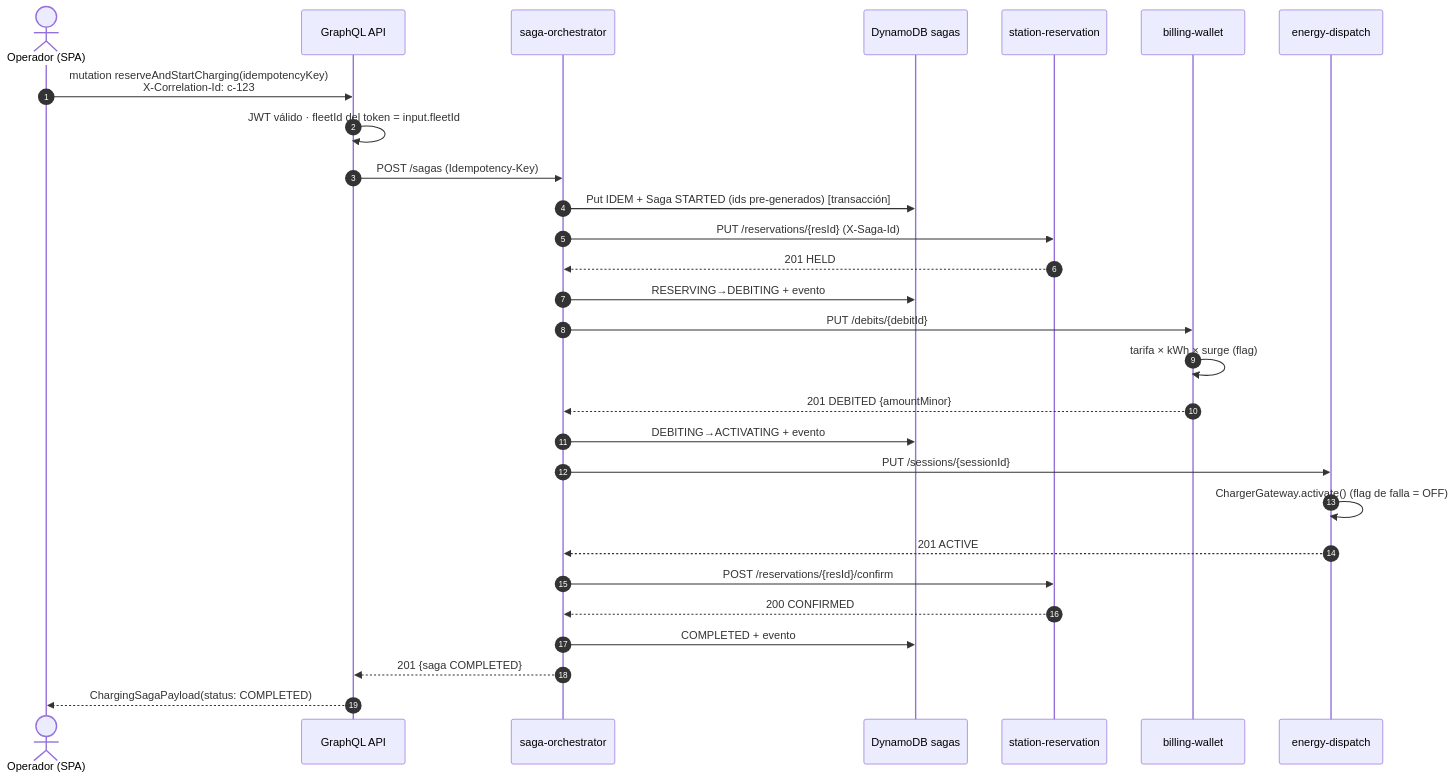
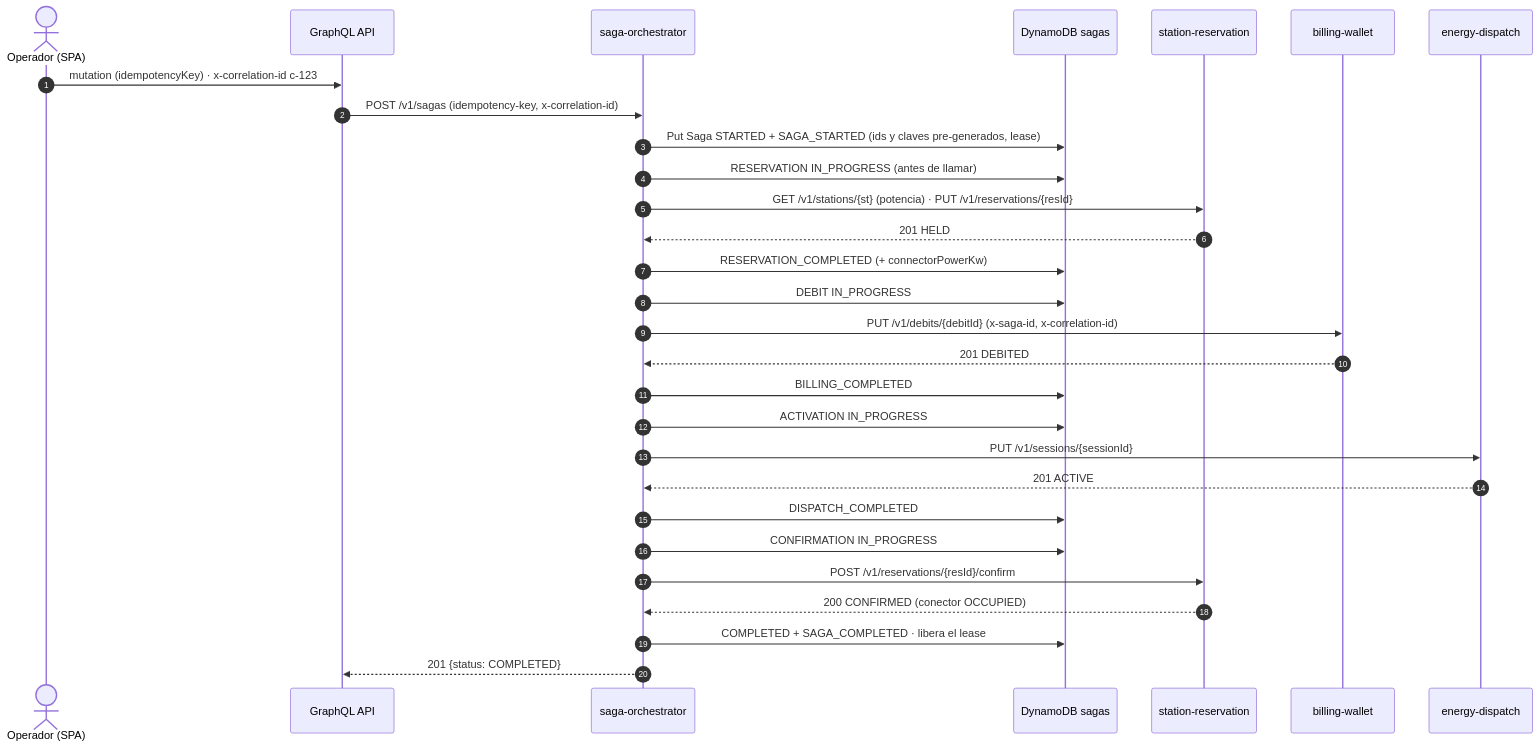
One commit to santiagoSaMi/aegisvolt changed the second of 6 diagrams in docs/architecture/02-saga.md. Above: the diagram before and after it, drawn with Mermaid. The commit also changed other lines of this file and 338 other files, not shown here.

````diff
--- a/docs/architecture/02-saga.md
+++ b/docs/architecture/02-saga.md
@@ -52,31 +70,32 @@
 ```mermaid
 sequenceDiagram
   autonumber
   actor U as Operador (SPA)
   participant G as GraphQL API
   participant O as saga-orchestrator
   participant DS as DynamoDB sagas
   participant R as station-reservation
   participant B as billing-wallet
   participant D as energy-dispatch
 
-  U->>G: mutation reserveAndStartCharging(idempotencyKey)<br/>X-Correlation-Id: c-123
-  G->>G: JWT válido · fleetId del token = input.fleetId
-  G->>O: POST /sagas (Idempotency-Key)
-  O->>DS: Put IDEM + Saga STARTED (ids pre-generados) [transacción]
-  O->>R: PUT /reservations/{resId} (X-Saga-Id)
+  U->>G: mutation (idempotencyKey) · x-correlation-id c-123
+  G->>O: POST /v1/sagas (idempotency-key, x-correlation-id)
+  O->>DS: Put Saga STARTED + SAGA_STARTED (ids y claves pre-generados, lease)
+  O->>DS: RESERVATION IN_PROGRESS (antes de llamar)
+  O->>R: GET /v1/stations/{st} (potencia) · PUT /v1/reservations/{resId}
   R-->>O: 201 HELD
-  O->>DS: RESERVING→DEBITING + evento
-  O->>B: PUT /debits/{debitId}
-  B->>B: tarifa × kWh × surge (flag)
-  B-->>O: 201 DEBITED {amountMinor}
-  O->>DS: DEBITING→ACTIVATING + evento
-  O->>D: PUT /sessions/{sessionId}
-  D->>D: ChargerGateway.activate() (flag de falla = OFF)
+  O->>DS: RESERVATION_COMPLETED (+ connectorPowerKw)
+  O->>DS: DEBIT IN_PROGRESS
+  O->>B: PUT /v1/debits/{debitId} (x-saga-id, x-correlation-id)
+  B-->>O: 201 DEBITED
+  O->>DS: BILLING_COMPLETED
+  O->>DS: ACTIVATION IN_PROGRESS
+  O->>D: PUT /v1/sessions/{sessionId}
   D-->>O: 201 ACTIVE
-  O->>R: POST /reservations/{resId}/confirm
-  R-->>O: 200 CONFIRMED
-  O->>DS: COMPLETED + evento
-  O-->>G: 201 {saga COMPLETED}
-  G-->>U: ChargingSagaPayload(status: COMPLETED)
+  O->>DS: DISPATCH_COMPLETED
+  O->>DS: CONFIRMATION IN_PROGRESS
+  O->>R: POST /v1/reservations/{resId}/confirm
+  R-->>O: 200 CONFIRMED (conector OCCUPIED)
+  O->>DS: COMPLETED + SAGA_COMPLETED · libera el lease
+  O-->>G: 201 {status: COMPLETED}
 ```
````
